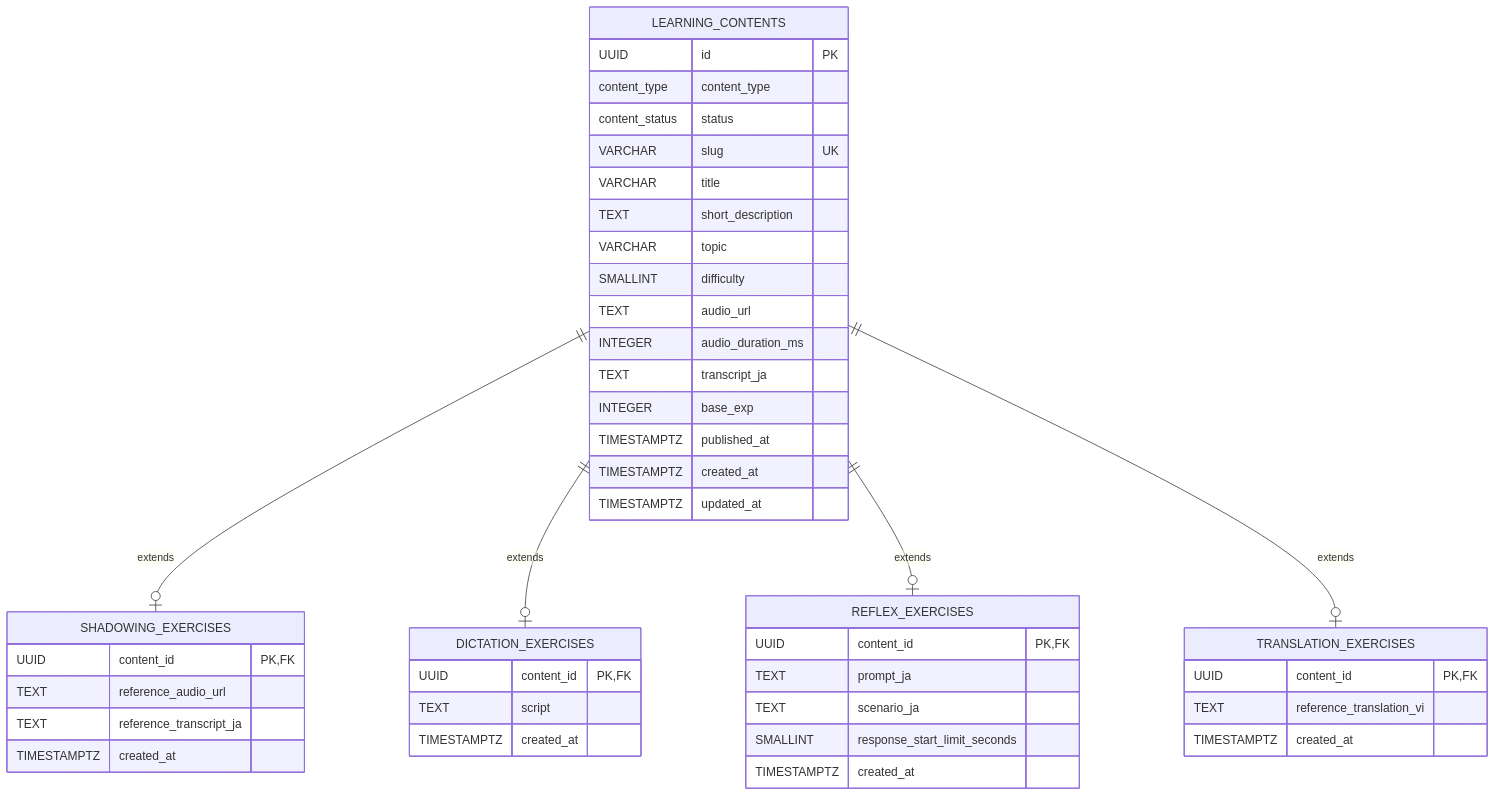
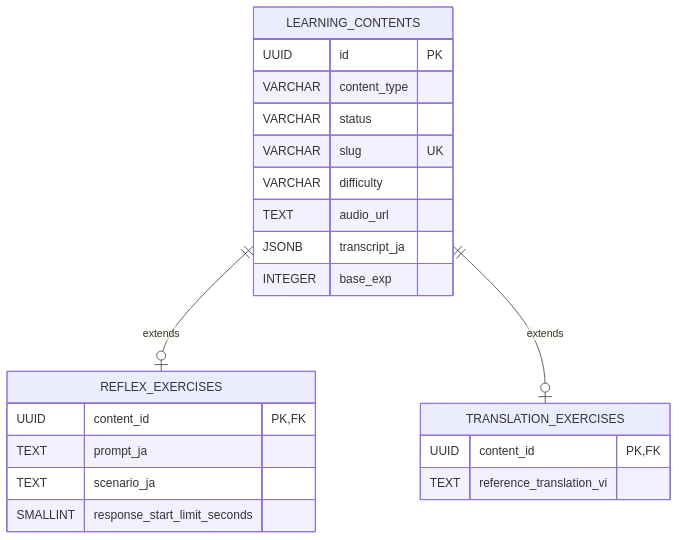
Before and after one commit to mrthinh307/kaiwa-up: the second of 6 diagrams in docs/05-database.md, drawn with Mermaid. The commit also changed other lines of this file and 29 other files, not shown here.

````diff
--- a/docs/05-database.md
+++ b/docs/05-database.md
@@ -129,48 +62,25 @@
 ```mermaid
 erDiagram
+    LEARNING_CONTENTS ||--o| REFLEX_EXERCISES : extends
+    LEARNING_CONTENTS ||--o| TRANSLATION_EXERCISES : extends
     LEARNING_CONTENTS {
         UUID id PK
-        content_type content_type
-        content_status status
+        VARCHAR content_type
+        VARCHAR status
         VARCHAR slug UK
-        VARCHAR title
-        TEXT short_description
-        VARCHAR topic
-        SMALLINT difficulty
+        VARCHAR difficulty
         TEXT audio_url
-        INTEGER audio_duration_ms
-        TEXT transcript_ja
+        JSONB transcript_ja
         INTEGER base_exp
-        TIMESTAMPTZ published_at
-        TIMESTAMPTZ created_at
-        TIMESTAMPTZ updated_at
-    }
-    SHADOWING_EXERCISES {
-        UUID content_id PK, FK
-        TEXT reference_audio_url
-        TEXT reference_transcript_ja
-        TIMESTAMPTZ created_at
-    }
-    DICTATION_EXERCISES {
-        UUID content_id PK, FK
-        TEXT script
-        TIMESTAMPTZ created_at
     }
     REFLEX_EXERCISES {
-        UUID content_id PK, FK
+        UUID content_id PK,FK
         TEXT prompt_ja
         TEXT scenario_ja
         SMALLINT response_start_limit_seconds
-        TIMESTAMPTZ created_at
     }
     TRANSLATION_EXERCISES {
-        UUID content_id PK, FK
+        UUID content_id PK,FK
         TEXT reference_translation_vi
-        TIMESTAMPTZ created_at
     }
-
-    LEARNING_CONTENTS ||--o| SHADOWING_EXERCISES : extends
-    LEARNING_CONTENTS ||--o| DICTATION_EXERCISES : extends
-    LEARNING_CONTENTS ||--o| REFLEX_EXERCISES : extends
-    LEARNING_CONTENTS ||--o| TRANSLATION_EXERCISES : extends
 ```
````
